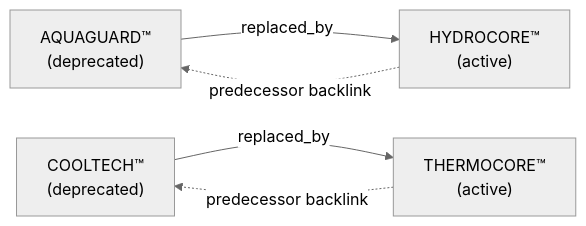
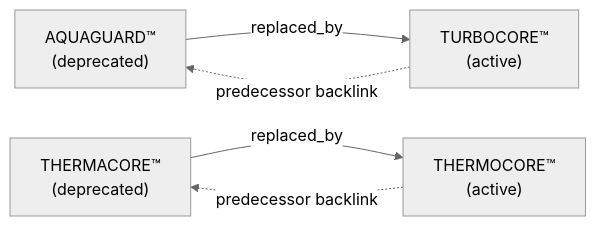
One commit to LATAMFILTERS/world-catalogue changed the fifth of 9 diagrams in PHASE3C_KNOWLEDGE_GRAPH_RELATIONSHIP_MODEL.md. Above: the diagram before and after it, drawn with Mermaid (neutral theme). The commit also changed other lines of this file and 406 other files, not shown here.

````diff
--- a/PHASE3C_KNOWLEDGE_GRAPH_RELATIONSHIP_MODEL.md
+++ b/PHASE3C_KNOWLEDGE_GRAPH_RELATIONSHIP_MODEL.md
@@ -579,12 +579,12 @@
 ```mermaid
 graph LR
     AQUAGUARD["AQUAGUARD™\n(deprecated)"]
-    COOLTECH["COOLTECH™\n(deprecated)"]
-    HYDROCORE["HYDROCORE™\n(active)"]
+    THERMACORE["THERMACORE™\n(deprecated)"]
+    TURBOCORE["TURBOCORE™\n(active)"]
     THERMOCORE["THERMOCORE™\n(active)"]
 
-    AQUAGUARD -->|replaced_by| HYDROCORE
-    COOLTECH -->|replaced_by| THERMOCORE
-    HYDROCORE -.->|predecessor backlink| AQUAGUARD
-    THERMOCORE -.->|predecessor backlink| COOLTECH
+    AQUAGUARD -->|replaced_by| TURBOCORE
+    THERMACORE -->|replaced_by| THERMOCORE
+    TURBOCORE -.->|predecessor backlink| AQUAGUARD
+    THERMOCORE -.->|predecessor backlink| THERMACORE
 ```
````
